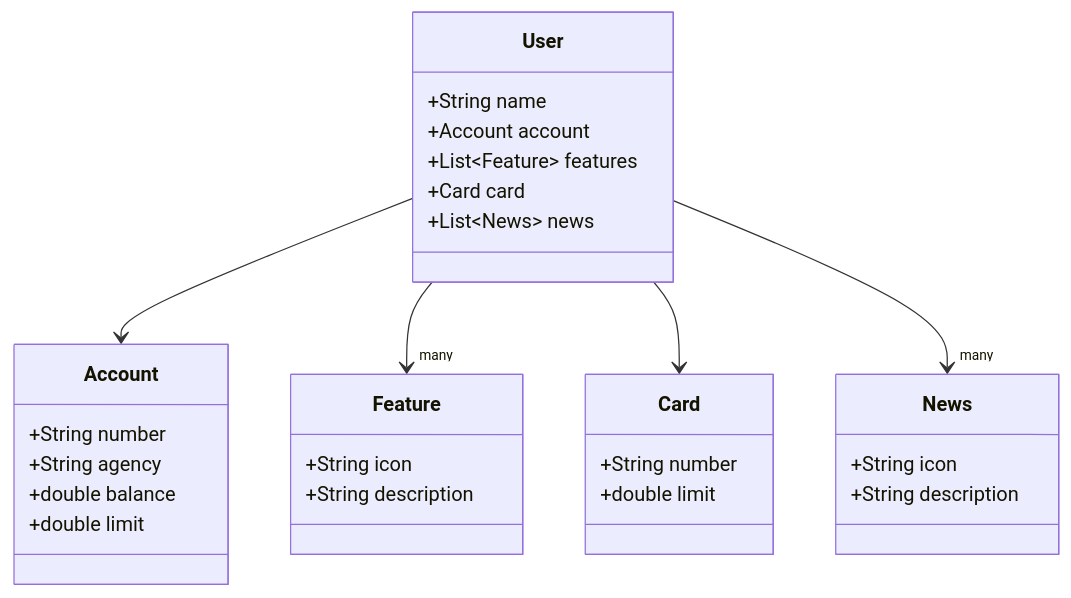
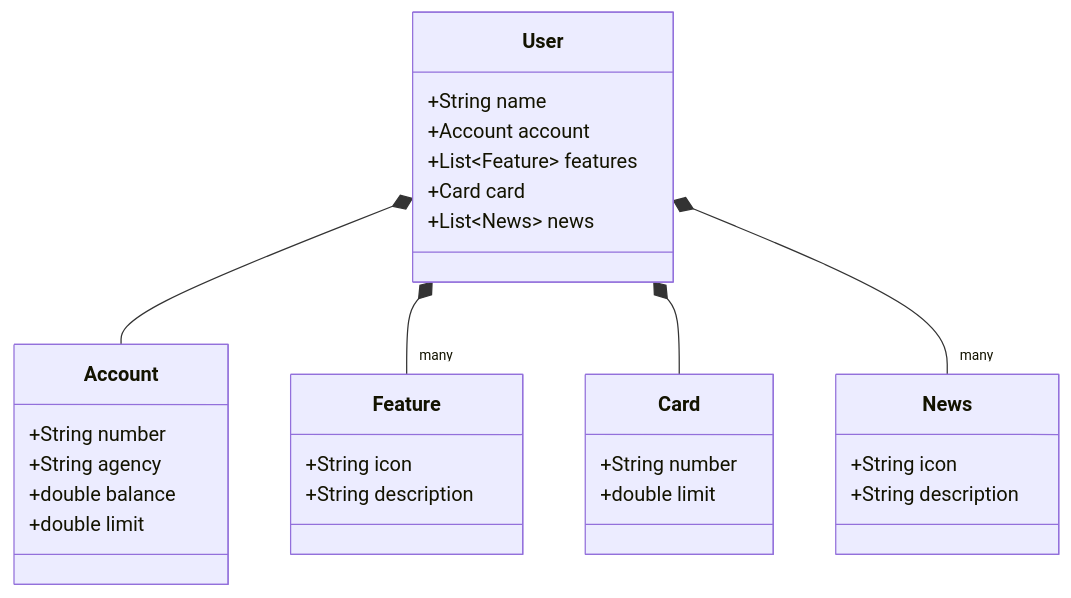
The diagram in README.md (calebewerneckcouto/Santander-dev-week2025), drawn with Mermaid before and after one commit.

````diff
--- a/README.md
+++ b/README.md
@@ -5,38 +5,38 @@
 ```mermaid
 classDiagram
     class User {
         +String name
         +Account account
         +List~Feature~ features
         +Card card
         +List~News~ news
     }
 
     class Account {
         +String number
         +String agency
         +double balance
         +double limit
     }
 
     class Feature {
         +String icon
         +String description
     }
 
     class Card {
         +String number
         +double limit
     }
 
     class News {
         +String icon
         +String description
     }
 
-    User --> Account
-    User --> "many" Feature
-    User --> Card
-    User --> "many" News
+    User *-- Account
+    User *-- "many" Feature
+    User *-- Card
+    User *-- "many" News
 
 ```
````
